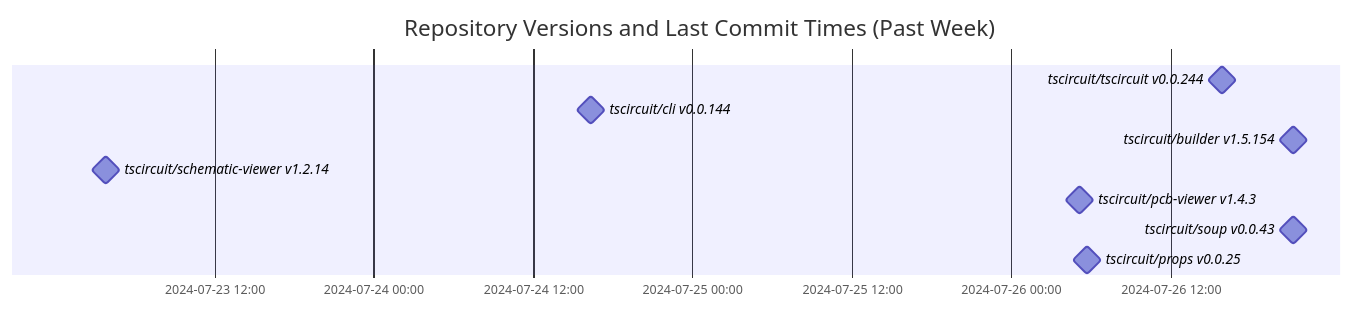
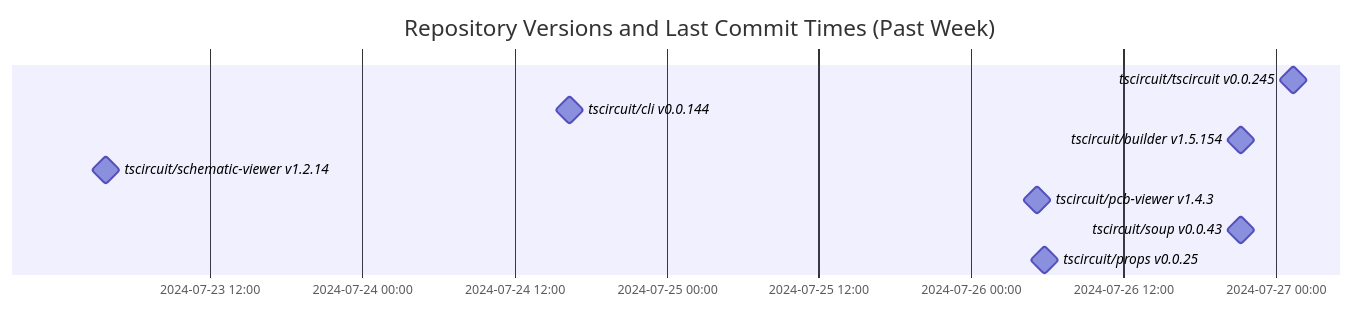
The diagram in README.md (tscircuit/version-tracker), drawn with Mermaid before and after one commit.

Commit message:
Update chart

````diff
--- a/README.md
+++ b/README.md
@@ -1,14 +1,14 @@
 ```mermaid
 gantt
   dateFormat  YYYY-MM-DD HH:mm:ss
   title Repository Versions and Last Commit Times (Past Week)
   axisFormat %Y-%m-%d %H:%M
 
-  tscircuit/tscircuit v0.0.244 : milestone, 2024-07-26 15:53:43, 1s
+  tscircuit/tscircuit v0.0.245 : milestone, 2024-07-27 01:21:28, 1s
   tscircuit/cli v0.0.144 : milestone, 2024-07-24 16:24:13, 1s
   tscircuit/builder v1.5.154 : milestone, 2024-07-26 21:12:36, 1s
   tscircuit/schematic-viewer v1.2.14 : milestone, 2024-07-23 03:50:56, 1s
   tscircuit/pcb-viewer v1.4.3 : milestone, 2024-07-26 05:10:56, 1s
   tscircuit/soup v0.0.43 : milestone, 2024-07-26 21:15:18, 1s
   tscircuit/props v0.0.25 : milestone, 2024-07-26 05:44:11, 1s
 ```
````
